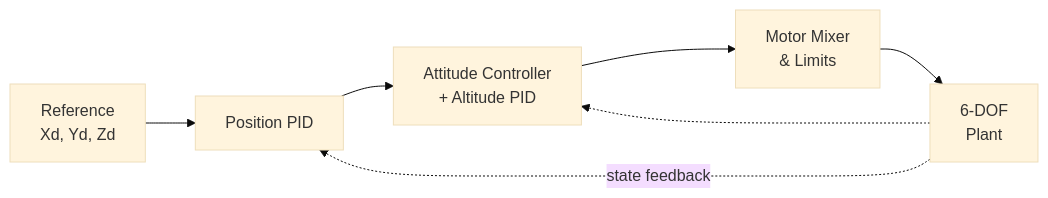
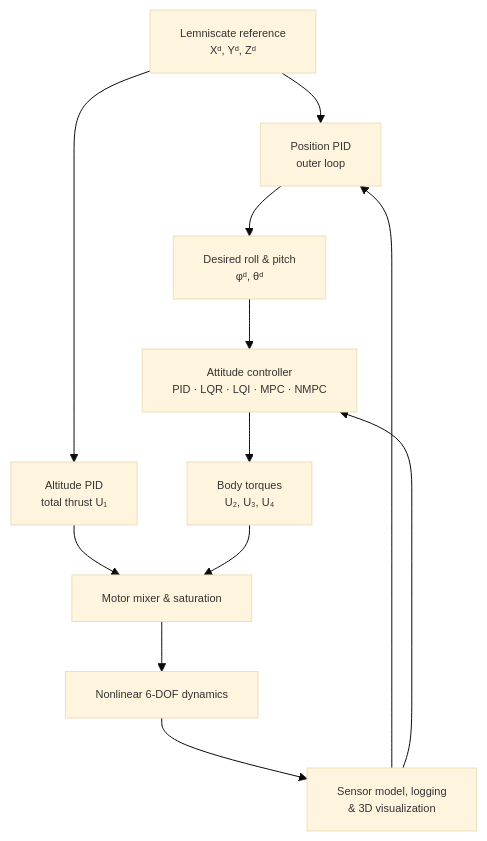
One commit to Gipyo-Park/Multirotor-matlab-testbed changed the diagram in README.md. Above: the diagram before and after it, drawn with Mermaid (base theme). The commit also changed other lines of this file, not shown here.

Commit message:
Polish architecture and result comparisons

````diff
--- a/README.md
+++ b/README.md
@@ -46,9 +46,16 @@
 ```mermaid
-flowchart LR
-    A["Reference<br/>Xd, Yd, Zd"] --> B["Position PID"]
-    B --> C["Attitude Controller<br/>+ Altitude PID"]
-    C --> D["Motor Mixer<br/>& Limits"]
-    D --> E["6-DOF<br/>Plant"]
-    E -. "state feedback" .-> B
-    E -.-> C
+flowchart TD
+    A["Lemniscate reference<br/>Xᵈ, Yᵈ, Zᵈ"] --> B["Position PID<br/>outer loop"]
+    B --> C["Desired roll & pitch<br/>φᵈ, θᵈ"]
+    C --> D["Attitude controller<br/>PID · LQR · LQI · MPC · NMPC"]
+    A --> E["Altitude PID<br/>total thrust U₁"]
+    D --> F["Body torques<br/>U₂, U₃, U₄"]
+    E --> G["Motor mixer & saturation"]
+    F --> G
+    G --> H["Nonlinear 6-DOF dynamics"]
+    H --> I["Sensor model, logging<br/>& 3D visualization"]
+    I --> B
+    I --> D
+    classDef compact font-size:11px;
+    class A,B,C,D,E,F,G,H,I compact;
 ```
````
